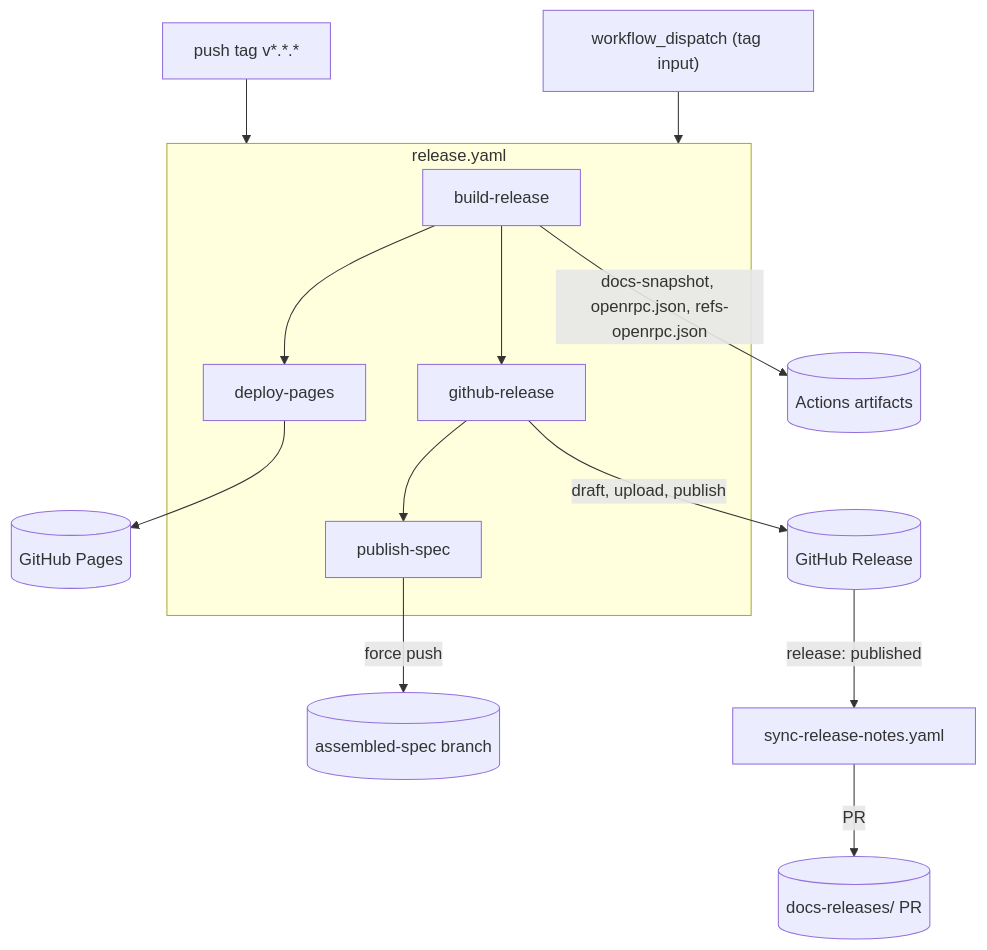
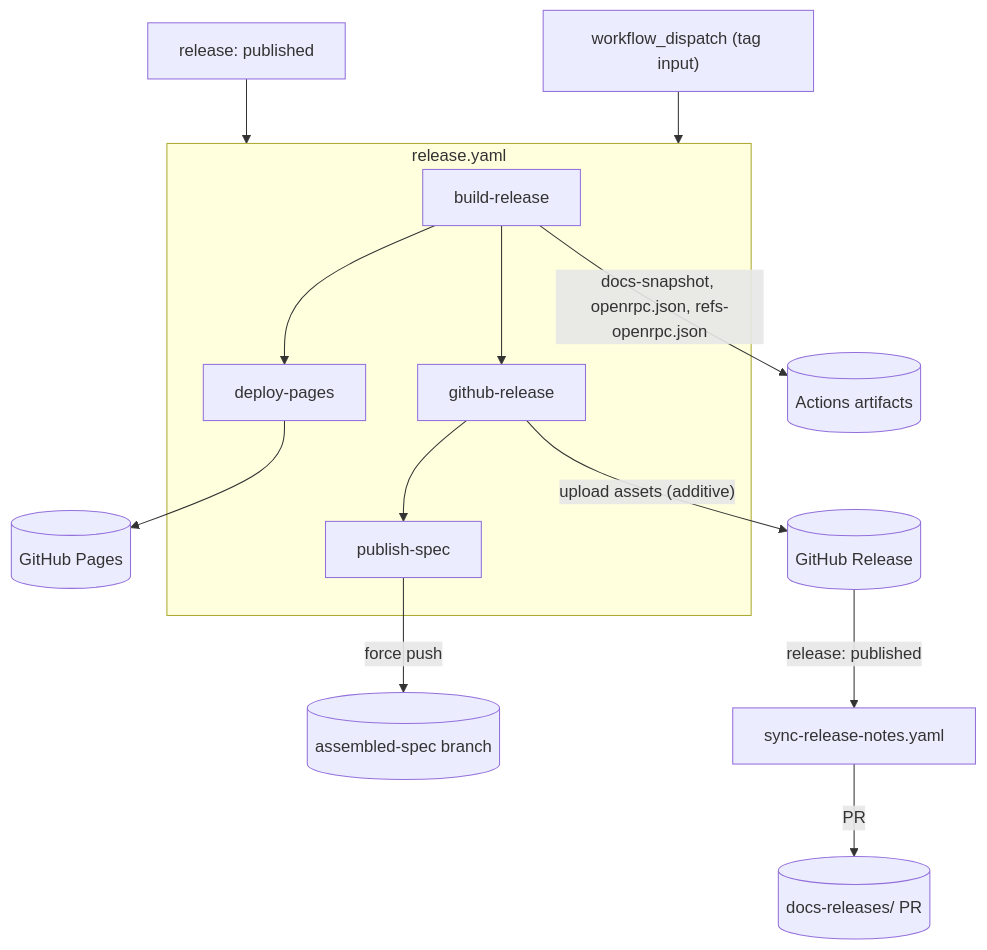
The first of 2 diagrams in .github/workflows/README.md (ethereum/execution-apis), drawn with Mermaid before and after one commit. The commit also changed other lines of this file and 2 other files, not shown here.

First line of the commit message:
chore: fix ci release versioning bug

````diff
--- a/.github/workflows/README.md
+++ b/.github/workflows/README.md
@@ -17,23 +18,23 @@
 ```mermaid
 flowchart TD
-  tagPush["push tag v*.*.*"] --> releaseWf
+  releasePublish["release: published"] --> releaseWf
   dispatch["workflow_dispatch (tag input)"] --> releaseWf
 
   subgraph releaseWf [release.yaml]
     buildRelease[build-release]
     deployPages[deploy-pages]
     ghRelease[github-release]
     publishSpec[publish-spec]
     buildRelease --> deployPages
     buildRelease --> ghRelease
     ghRelease --> publishSpec
   end
 
   buildRelease -->|"docs-snapshot, openrpc.json, refs-openrpc.json"| artifacts[("Actions artifacts")]
   deployPages --> pages[("GitHub Pages")]
-  ghRelease -->|"draft, upload, publish"| ghReleasePage[("GitHub Release")]
+  ghRelease -->|"upload assets (additive)"| ghReleasePage[("GitHub Release")]
   publishSpec -->|"force push"| assembledSpec[("assembled-spec branch")]
 
   ghReleasePage -->|"release: published"| syncNotes[sync-release-notes.yaml]
   syncNotes -->|"PR"| notesPR[("docs-releases/ PR")]
 ```
````
